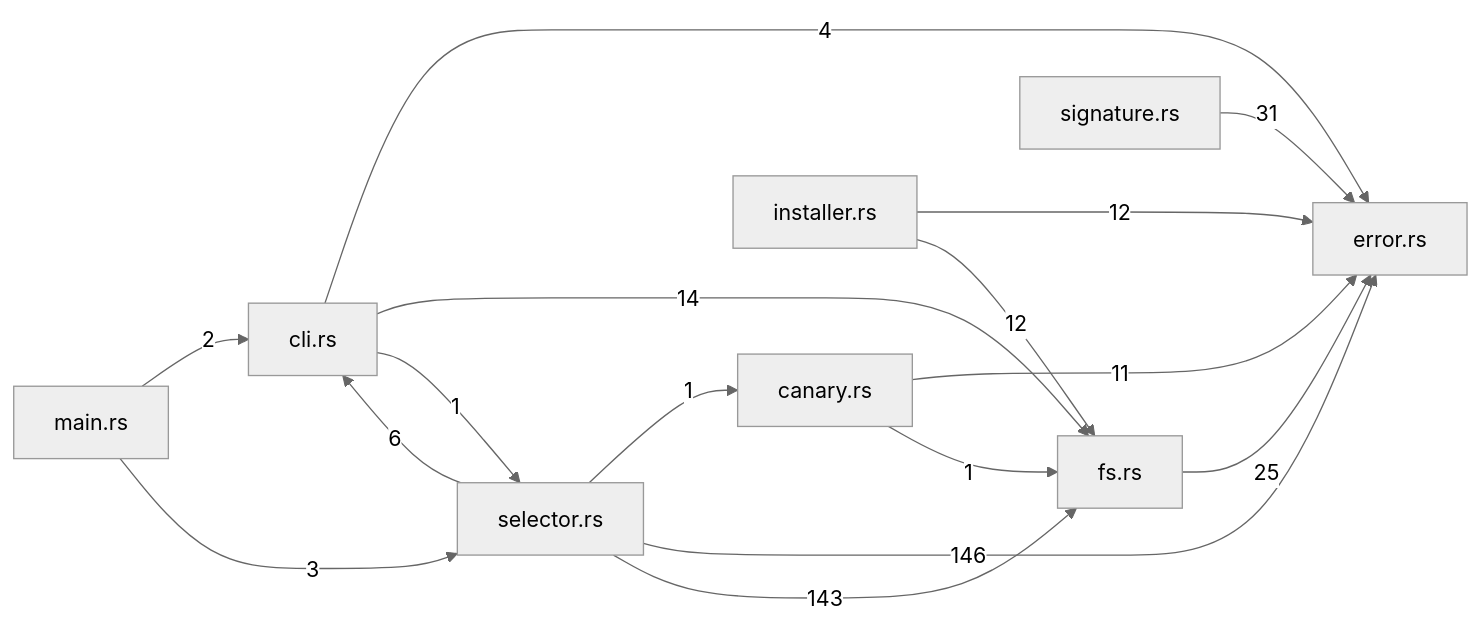
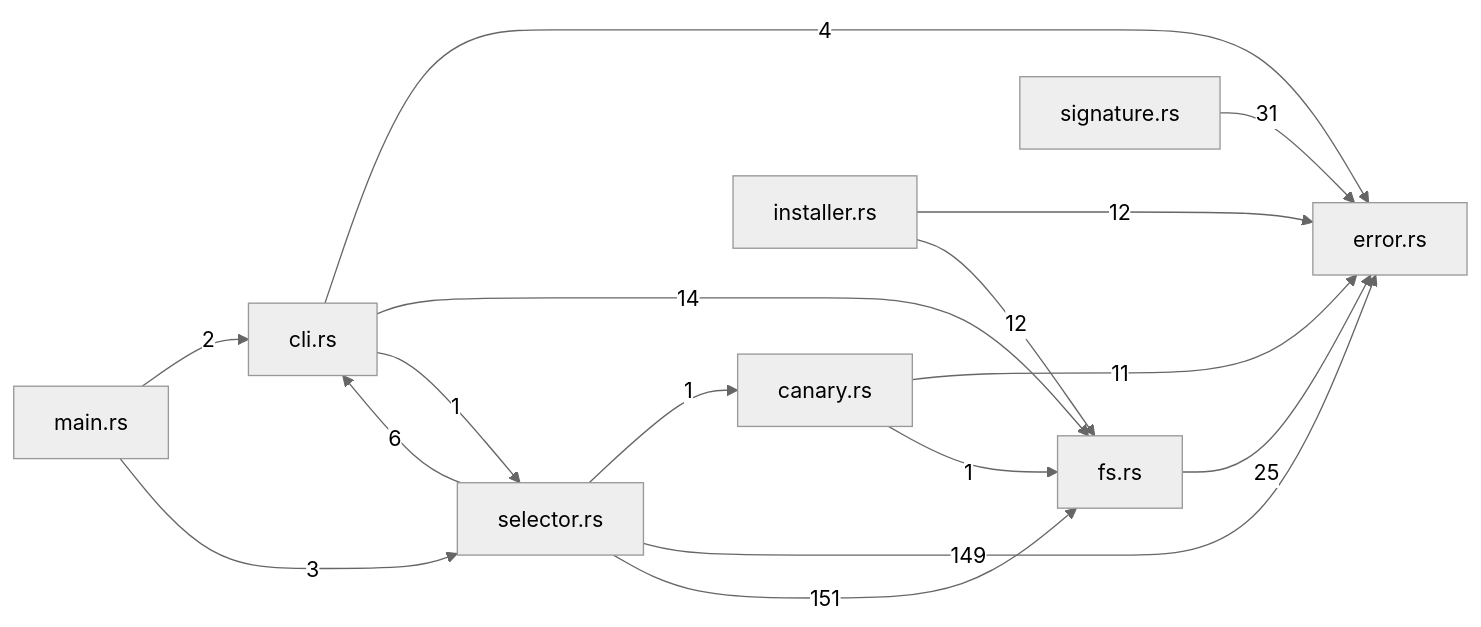
One commit to TekesApps/TekesKernel changed the diagram in crates/selector/docs/generated/index.md. Above: the diagram before and after it, drawn with Mermaid (neutral theme). The commit also changed other lines of this file and 15 other files, not shown here.

````diff
--- a/crates/selector/docs/generated/index.md
+++ b/crates/selector/docs/generated/index.md
@@ -45,26 +45,26 @@
 ```mermaid
 flowchart LR
   m0["canary.rs"]
   m1["cli.rs"]
   m2["error.rs"]
   m3["fs.rs"]
   m4["installer.rs"]
   m5["main.rs"]
   m6["selector.rs"]
   m7["signature.rs"]
   m0 -->|"11"| m2
   m0 -->|"1"| m3
   m1 -->|"4"| m2
   m1 -->|"14"| m3
   m1 -->|"1"| m6
   m3 -->|"25"| m2
   m4 -->|"12"| m2
   m4 -->|"12"| m3
   m5 -->|"2"| m1
   m5 -->|"3"| m6
   m6 -->|"1"| m0
   m6 -->|"6"| m1
-  m6 -->|"146"| m2
-  m6 -->|"143"| m3
+  m6 -->|"149"| m2
+  m6 -->|"151"| m3
   m7 -->|"31"| m2
 ```
````
